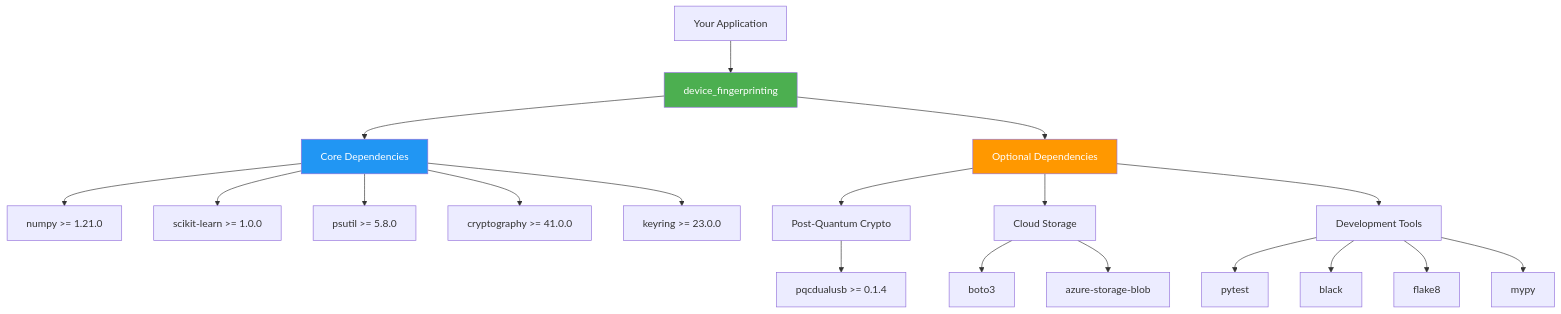
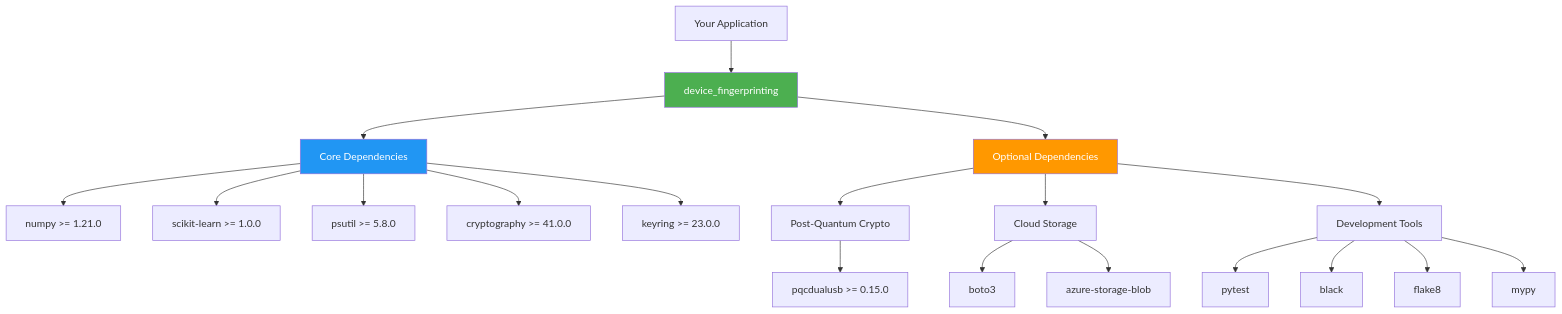
Before and after one commit to Johnsonajibi/DeviceFingerprinting: diagram 15 of 18 in README.md, drawn with Mermaid. The commit also changed other lines of this file and 14 other files, not shown here.

````diff
--- a/README.md
+++ b/README.md
@@ -931,31 +931,31 @@
 ```mermaid
 graph TD
     APP[Your Application] --> LIB[device_fingerprinting]
     
     LIB --> CORE[Core Dependencies]
     LIB --> OPT[Optional Dependencies]
     
     CORE --> NP[numpy >= 1.21.0]
     CORE --> SK[scikit-learn >= 1.0.0]
     CORE --> PS[psutil >= 5.8.0]
     CORE --> CR[cryptography >= 41.0.0]
     CORE --> KR[keyring >= 23.0.0]
     
     OPT --> PQC[Post-Quantum Crypto]
     OPT --> CLOUD[Cloud Storage]
     OPT --> DEV[Development Tools]
     
-    PQC --> PQD[pqcdualusb >= 0.1.4]
+    PQC --> PQD[pqcdualusb >= 0.15.0]
     
     CLOUD --> B3[boto3]
     CLOUD --> AZ[azure-storage-blob]
     
     DEV --> PT[pytest]
     DEV --> BL[black]
     DEV --> FL[flake8]
     DEV --> MY[mypy]
     
     style LIB fill:#4CAF50,color:#fff
     style CORE fill:#2196F3,color:#fff
     style OPT fill:#FF9800,color:#fff
 ```
````
